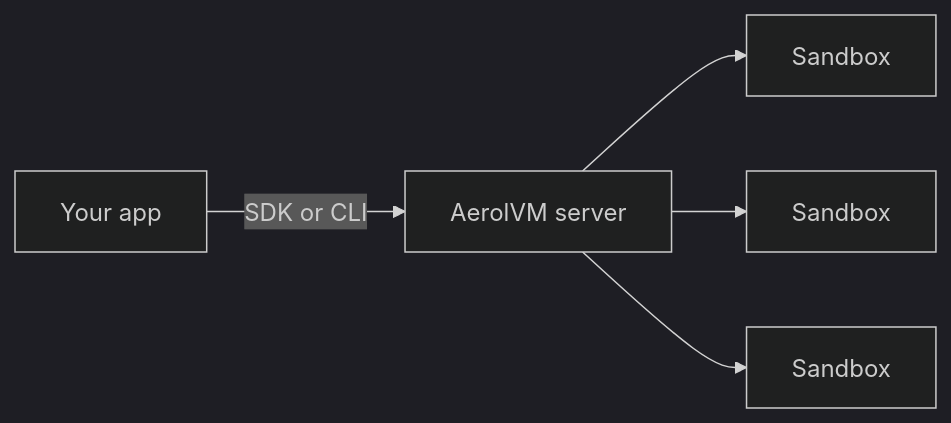
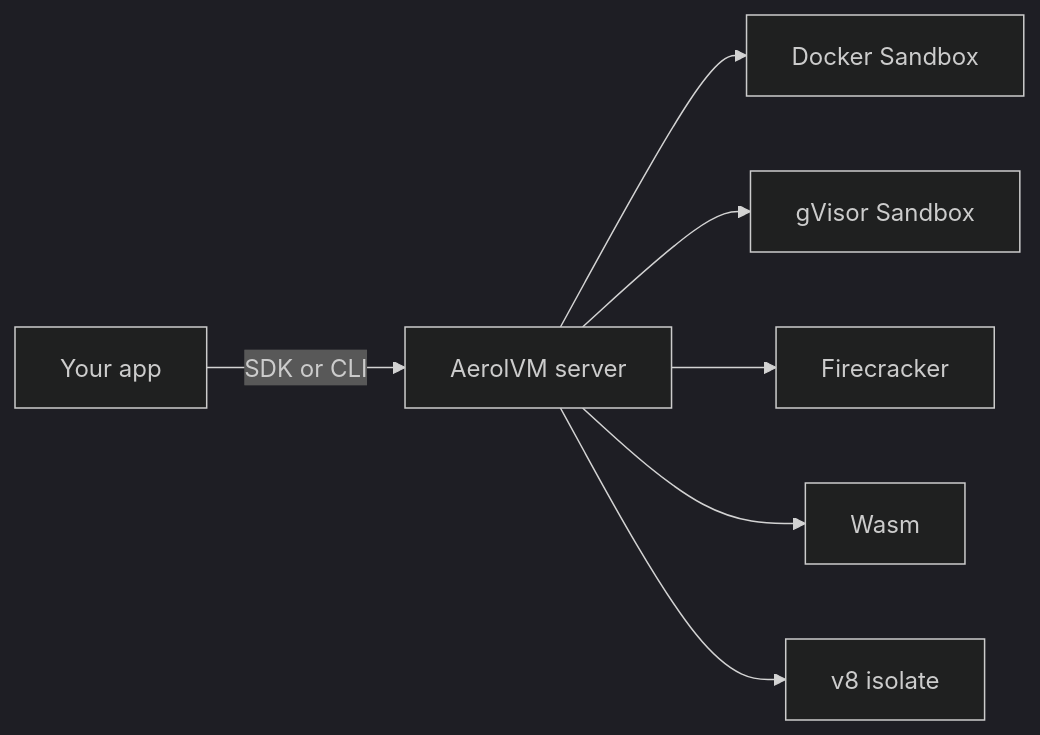
The diagram in docs/src/content/docs/introduction.mdx (aerol-ai/microvm), drawn with Mermaid (dark theme) before and after one commit. The commit also changed other lines of this file and 9 other files, not shown here.

````diff
--- a/docs/src/content/docs/introduction.mdx
+++ b/docs/src/content/docs/introduction.mdx
@@ -132,7 +132,9 @@
 ```mermaid
 flowchart LR
     App["Your app"] -->|SDK or CLI| Server["AerolVM server"]
-    Server --> S1["Sandbox"]
-    Server --> S2["Sandbox"]
-    Server --> S3["Sandbox"]
+    Server --> S1["Docker Sandbox"]
+    Server --> S2["gVisor Sandbox"]
+    Server --> S3["Firecracker"]
+    Server --> S4["Wasm"]
+    Server --> S5["v8 isolate"]
 ```
````
